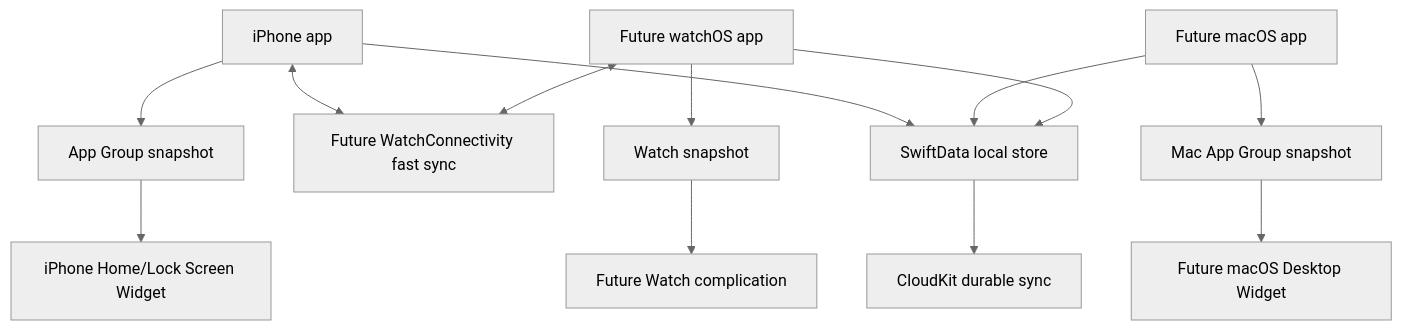
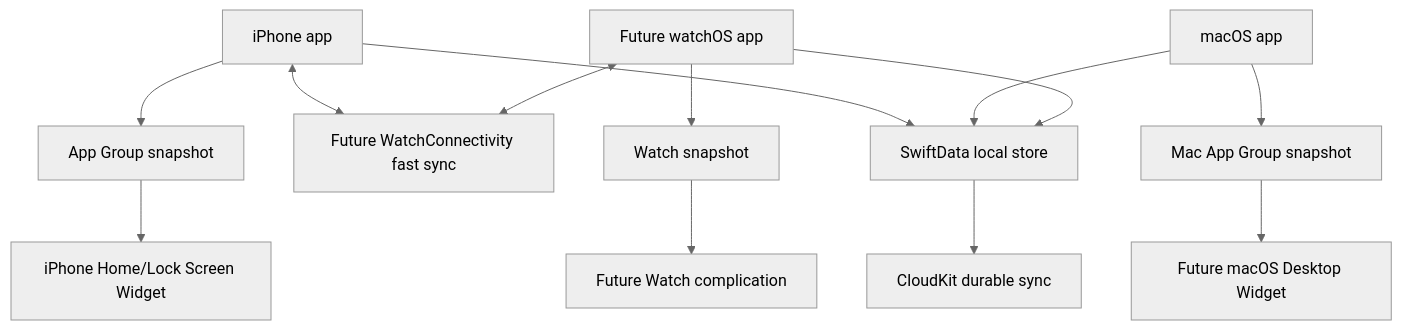
One commit to kangkshao-beep/HUST_WorkingTime changed the diagram in docs/ARCHITECTURE.md. Above: the diagram before and after it, drawn with Mermaid (neutral theme). The commit also changed other lines of this file and 10 other files, not shown here.

Commit message:
feat: add native macOS attendance app

````diff
--- a/docs/ARCHITECTURE.md
+++ b/docs/ARCHITECTURE.md
@@ -5,15 +5,15 @@
 ```mermaid
 flowchart TD
     A[iPhone app] --> B[SwiftData local store]
-    C[Future macOS app] --> B
+    C[macOS app] --> B
     D[Future watchOS app] --> B
     B --> E[CloudKit durable sync]
     A <--> F[Future WatchConnectivity fast sync]
     D <--> F
     A --> G[App Group snapshot]
     C --> H[Mac App Group snapshot]
     D --> I[Watch snapshot]
     G --> J[iPhone Home/Lock Screen Widget]
     H --> K[Future macOS Desktop Widget]
     I --> L[Future Watch complication]
 ```
````
